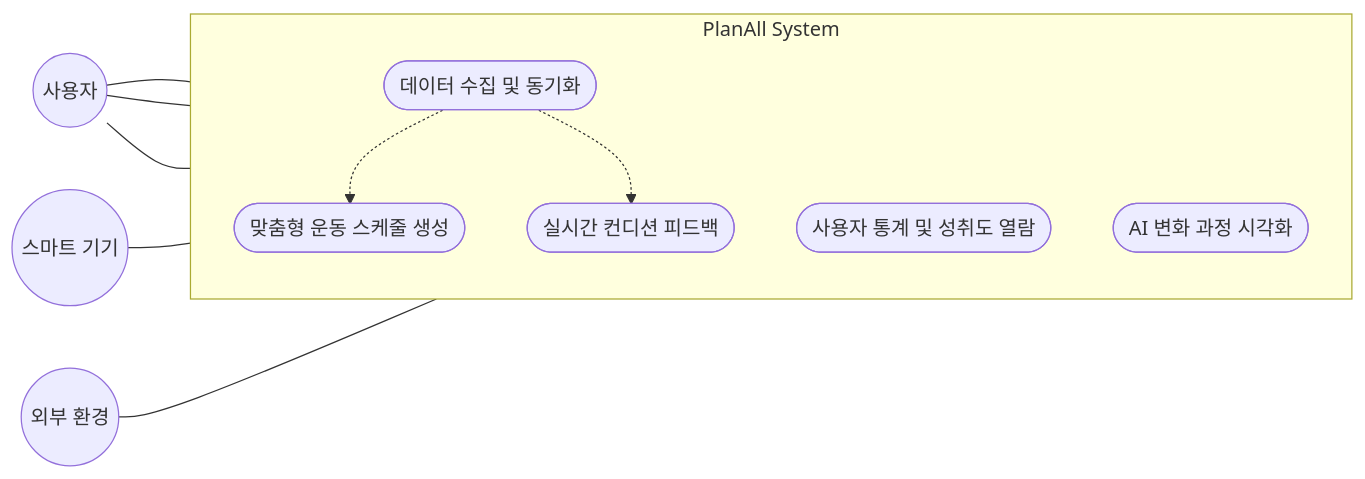
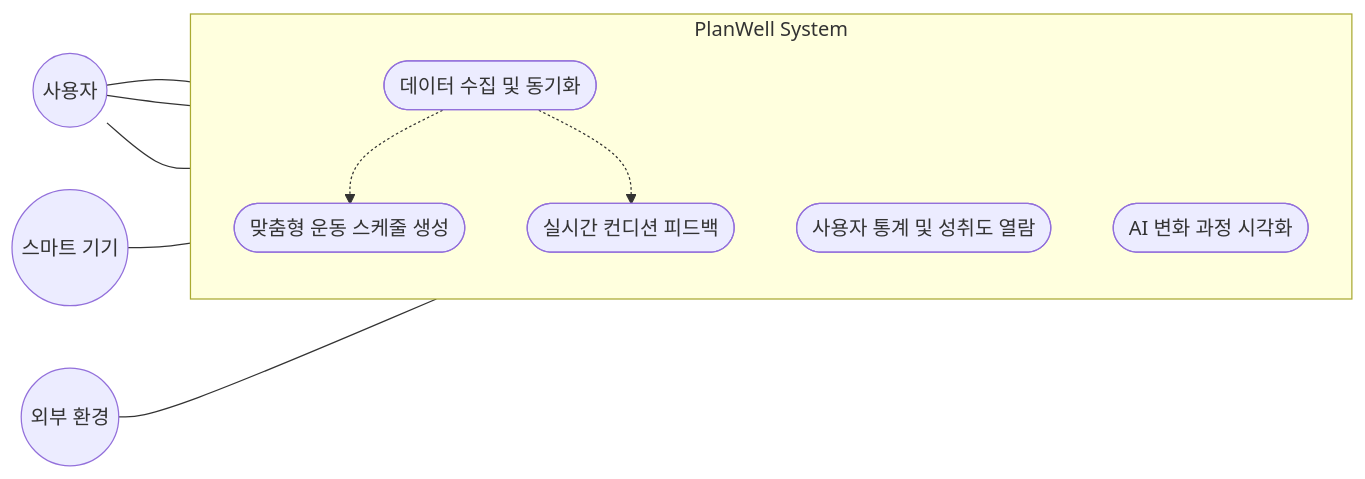
Before and after one commit to mungi0901/planwell: the second of 2 diagrams in Conceptualization_[22212076_정문기].md, drawn with Mermaid. The commit also changed other lines of this file, not shown here.

````diff
--- a/Conceptualization_[22212076_정문기].md
+++ b/Conceptualization_[22212076_정문기].md
@@ -68,26 +77,26 @@
 ```mermaid
 flowchart LR
     %% Actors
     Customer((사용자))
     SmartDevice((스마트 기기))
     WeatherAPI((외부 환경))
 
     %% System Boundary
-    subgraph PlanAll System
+    subgraph PlanWell System
         direction TB
         UC1([데이터 수집 및 동기화])
         UC2([맞춤형 운동 스케줄 생성])
         UC3([실시간 컨디션 피드백])
         UC4([사용자 통계 및 성취도 열람])
         UC5([AI 변화 과정 시각화])
     end
 
     %% Connections
     Customer --- UC2
     Customer --- UC4
     Customer --- UC5
     SmartDevice --- UC1
     UC1 -.-> UC2
     UC1 -.-> UC3
     WeatherAPI --- UC3
 ```
````
